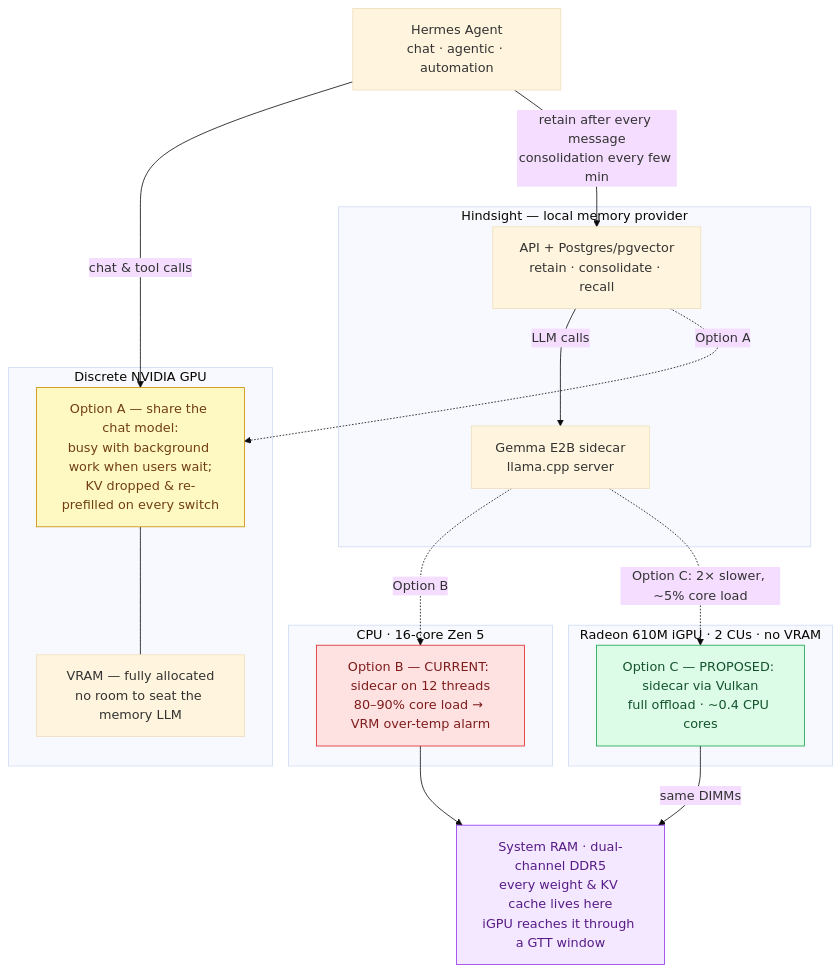
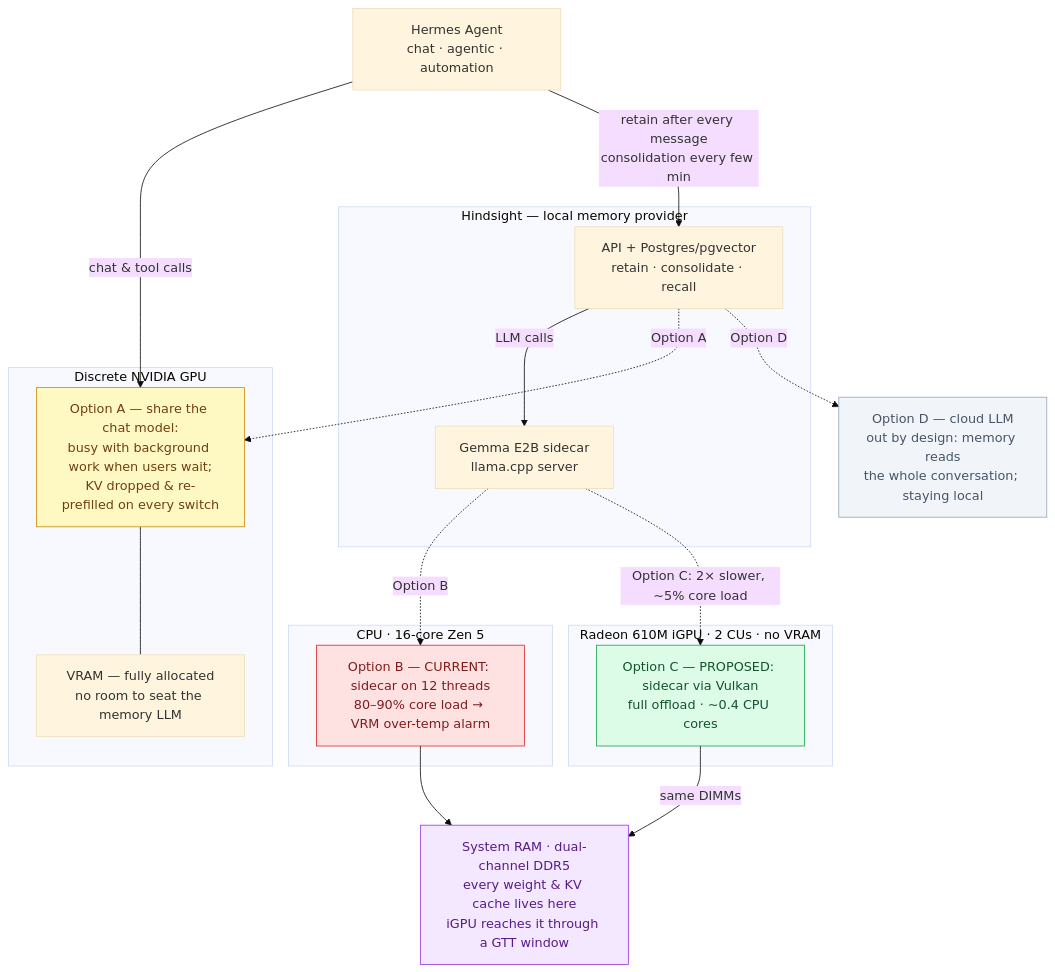
The diagram in README.md (neo-anderson/radeon-610m-llm-bench), drawn with Mermaid (base theme) before and after one commit. The commit also changed other lines of this file, not shown here.

First line of the commit message:
Motivation: add Option D (cloud LLM) - out by design, staying local

````diff
--- a/README.md
+++ b/README.md
@@ -36,39 +40,43 @@
 ```mermaid
 flowchart TB
     Hermes["Hermes Agent<br/>chat · agentic · automation"]
 
     subgraph dGPU["Discrete NVIDIA GPU"]
         CHAT["Option A — share the chat model:<br/>busy with background work when users wait;<br/>KV dropped & re-prefilled on every switch"]
         VRAM["VRAM — fully allocated<br/>no room to seat the memory LLM"]
         CHAT --- VRAM
     end
 
     subgraph MEM["Hindsight — local memory provider"]
         API["API + Postgres/pgvector<br/>retain · consolidate · recall"]
         SIDECAR["Gemma E2B sidecar<br/>llama.cpp server"]
         API -->|"LLM calls"| SIDECAR
     end
 
     subgraph CPU["CPU · 16-core Zen 5"]
         CORES["Option B — CURRENT: sidecar on 12 threads<br/>80–90% core load → VRM over-temp alarm"]
     end
 
     subgraph IGPU["Radeon 610M iGPU · 2 CUs · no VRAM"]
         TARGET["Option C — PROPOSED: sidecar via Vulkan<br/>full offload · ~0.4 CPU cores"]
     end
 
     RAM["System RAM · dual-channel DDR5<br/>every weight & KV cache lives here<br/>iGPU reaches it through a GTT window"]
 
+    CLOUD["Option D — cloud LLM<br/>out by design: memory reads<br/>the whole conversation; staying local"]
+
     Hermes -->|"chat & tool calls"| CHAT
     Hermes -->|"retain after every message<br/>consolidation every few min"| API
     SIDECAR -.->|"Option B"| CORES
     SIDECAR -.->|"Option C: 2× slower, ~5% core load"| TARGET
     API -.->|"Option A"| CHAT
+    API -.->|"Option D"| CLOUD
     CORES --> RAM
     TARGET -->|"same DIMMs"| RAM
 
     style CORES fill:#fee2e2,stroke:#dc2626,color:#7f1d1d
     style TARGET fill:#dcfce7,stroke:#16a34a,color:#14532d
     style CHAT fill:#fef9c3,stroke:#ca8a04,color:#713f12
     style RAM fill:#f3e8ff,stroke:#9333ea,color:#581c87
+    style CLOUD fill:#f1f5f9,stroke:#94a3b8,color:#475569
 ```
````
